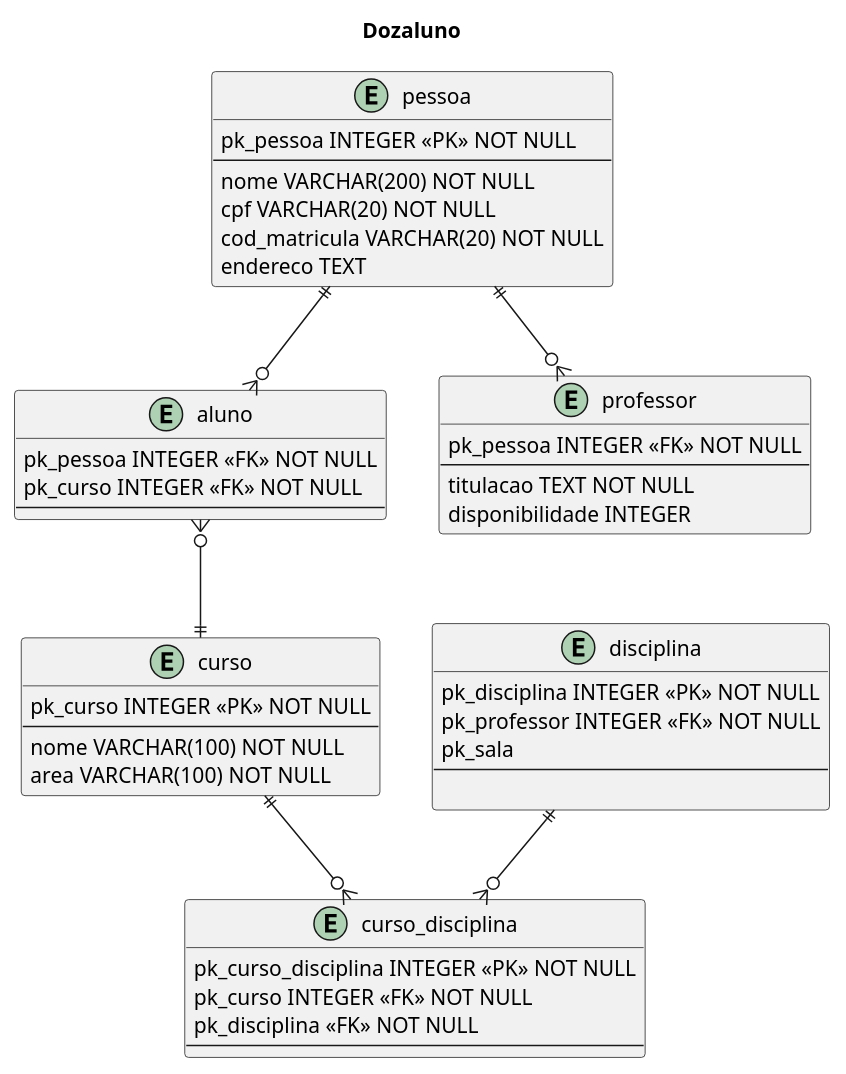
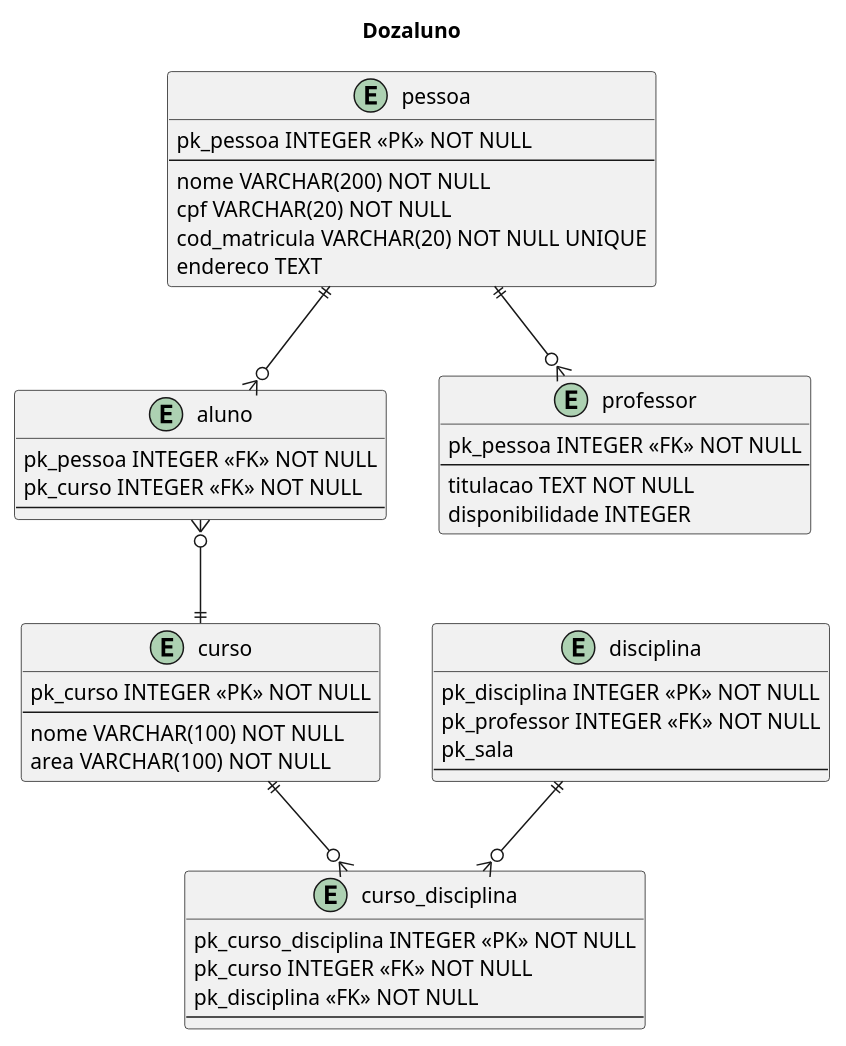
Before and after one commit to galaticghost/NovaGuieqKlarrind: the diagram in ferias_nestor/dozaluno/modelagemLogica.wsd, drawn with PlantUML. The commit also changed 3 other files, not shown here.

```diff
--- a/ferias_nestor/dozaluno/modelagemLogica.wsd
+++ b/ferias_nestor/dozaluno/modelagemLogica.wsd
@@ -1,57 +1,56 @@
 @startuml Dozaluno
 
 title Dozaluno
 
 entity pessoa{
     pk_pessoa INTEGER <<PK>> NOT NULL
     --
     nome VARCHAR(200) NOT NULL
     cpf VARCHAR(20) NOT NULL
-    cod_matricula VARCHAR(20) NOT NULL
+    cod_matricula VARCHAR(20) NOT NULL UNIQUE
     endereco TEXT
 }
 
 entity aluno{
     pk_pessoa INTEGER <<FK>> NOT NULL
     pk_curso INTEGER <<FK>> NOT NULL
     --
 }
 
 entity professor{
     pk_pessoa INTEGER <<FK>> NOT NULL
     --
     titulacao TEXT NOT NULL
     disponibilidade INTEGER
 }
 
 entity curso{
     pk_curso INTEGER <<PK>> NOT NULL
     --
     nome VARCHAR(100) NOT NULL
     area VARCHAR(100) NOT NULL
 }
 
 entity disciplina{
     pk_disciplina INTEGER <<PK>> NOT NULL
     pk_professor INTEGER <<FK>> NOT NULL
     pk_sala
     --
-
 }
 
 entity curso_disciplina{
     pk_curso_disciplina INTEGER <<PK>> NOT NULL
     pk_curso INTEGER <<FK>> NOT NULL
     pk_disciplina <<FK>> NOT NULL
     --
 }
 
 
 
 pessoa ||--o{ aluno
 pessoa ||--o{ professor
 aluno }o--|| curso
 
 curso ||--o{ curso_disciplina
 disciplina ||--o{ curso_disciplina
 @enduml 
```
